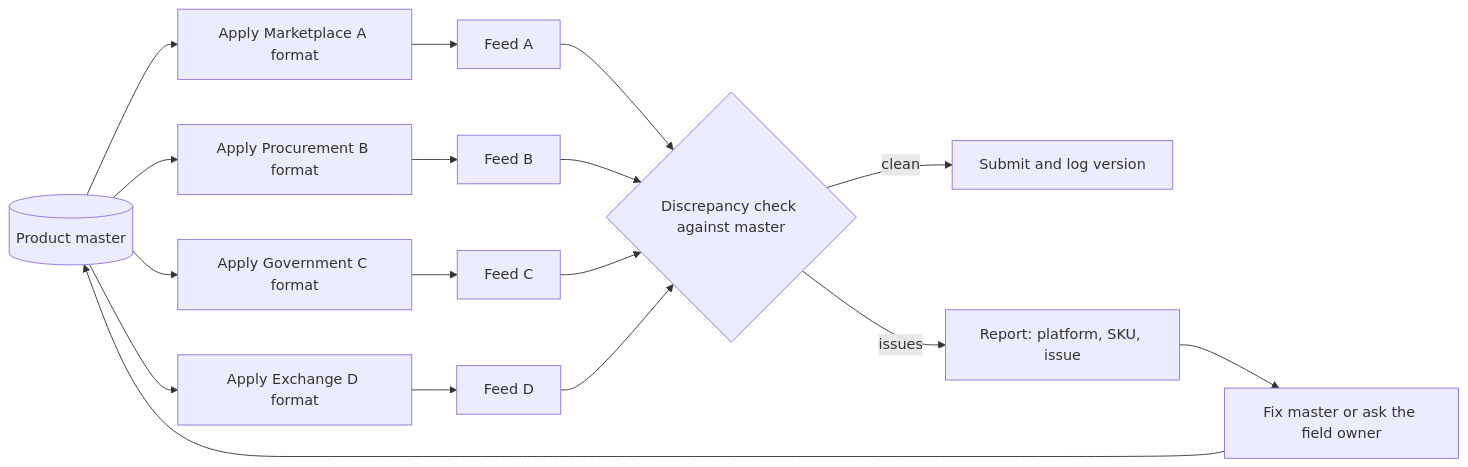
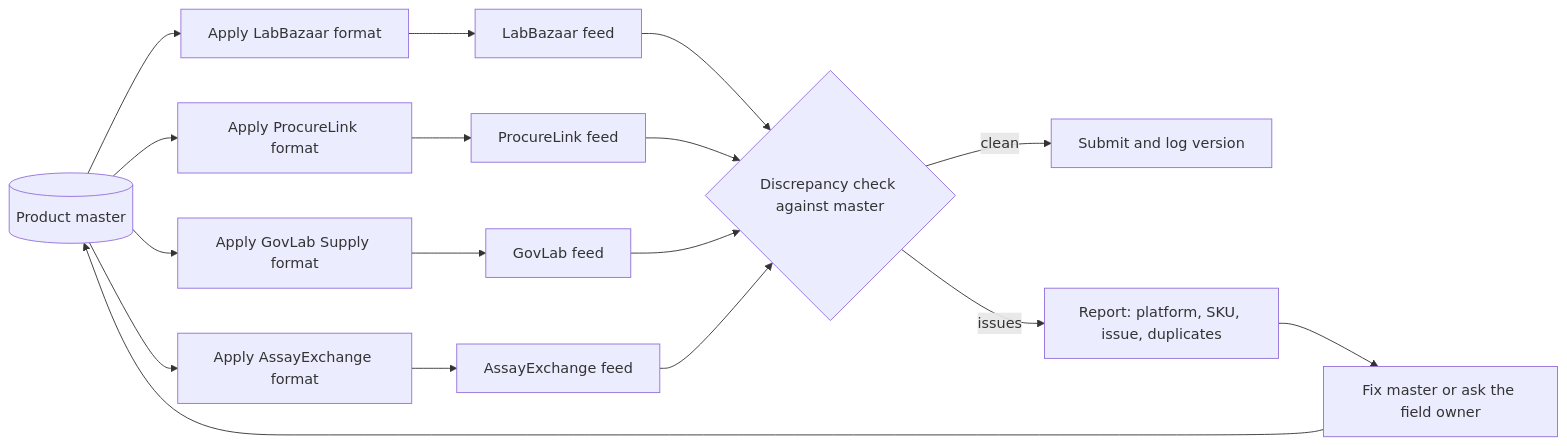
Before and after one commit to rbanola1/RevOps-Portfolio: the diagram in 04-channel-sales/diagrams/platform_onboarding.md, drawn with Mermaid. The commit also changed 49 other files, not shown here.

````diff
--- a/04-channel-sales/diagrams/platform_onboarding.md
+++ b/04-channel-sales/diagrams/platform_onboarding.md
@@ -3,19 +3,19 @@
 ```mermaid
 flowchart LR
-    M[(Product master)] --> T1[Apply Marketplace A format]
-    M --> T2[Apply Procurement B format]
-    M --> T3[Apply Government C format]
-    M --> T4[Apply Exchange D format]
-    T1 --> F1[Feed A]
-    T2 --> F2[Feed B]
-    T3 --> F3[Feed C]
-    T4 --> F4[Feed D]
+    M[(Product master)] --> T1[Apply LabBazaar format]
+    M --> T2[Apply ProcureLink format]
+    M --> T3[Apply GovLab Supply format]
+    M --> T4[Apply AssayExchange format]
+    T1 --> F1[LabBazaar feed]
+    T2 --> F2[ProcureLink feed]
+    T3 --> F3[GovLab feed]
+    T4 --> F4[AssayExchange feed]
     F1 --> Q{Discrepancy check against master}
     F2 --> Q
     F3 --> Q
     F4 --> Q
     Q -->|clean| S[Submit and log version]
-    Q -->|issues| R[Report: platform, SKU, issue]
+    Q -->|issues| R[Report: platform, SKU, issue, duplicates]
     R --> X[Fix master or ask the field owner]
     X --> M
 ```
````
